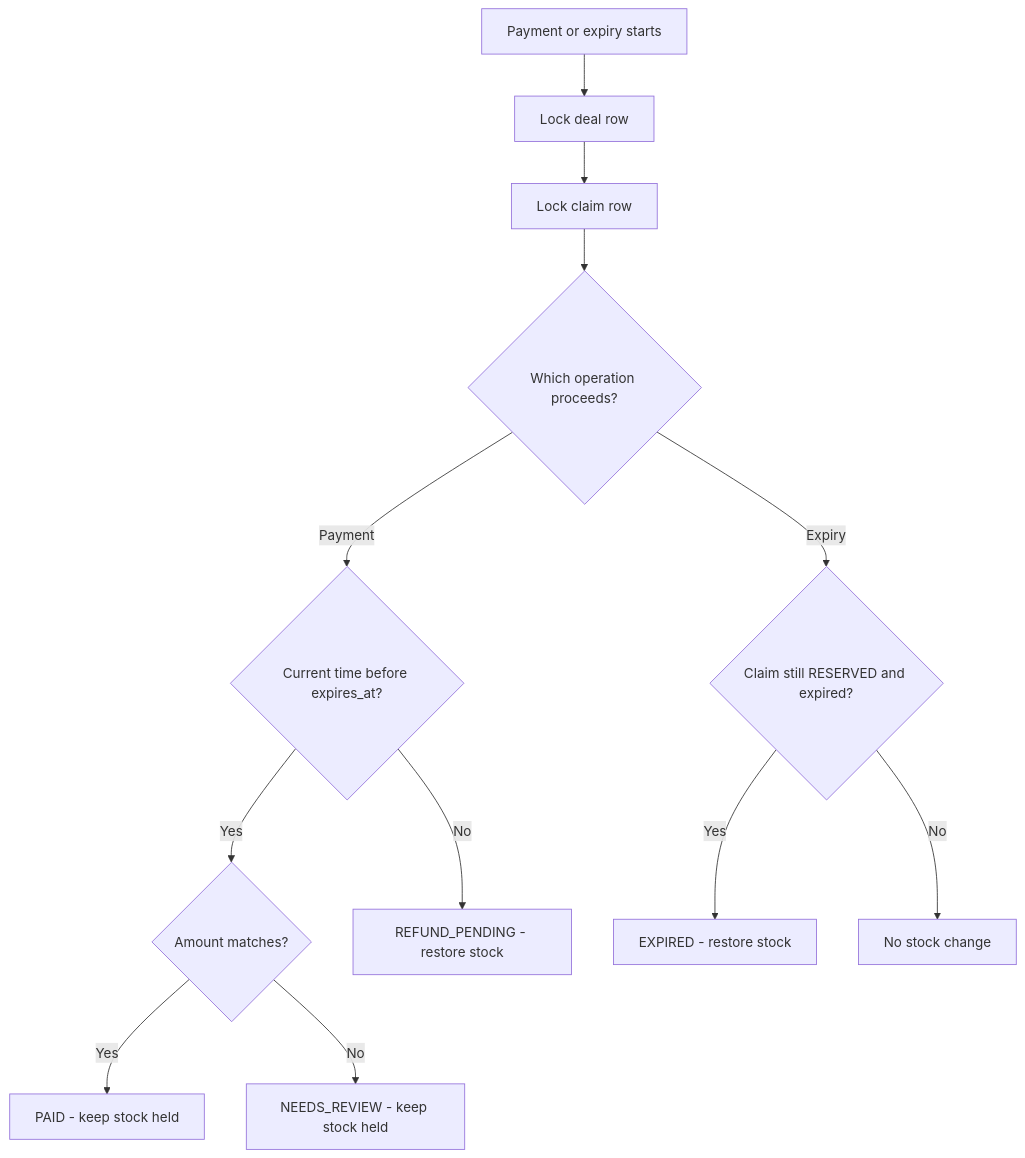
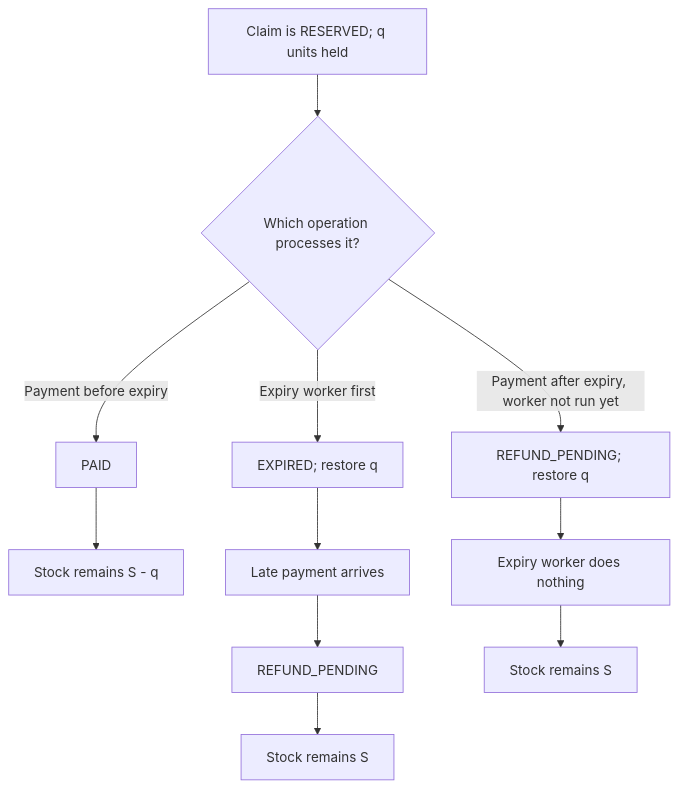
One commit to komallsingh/flash-deal changed the third of 3 diagrams in DESIGN.md. Above: the diagram before and after it, drawn with Mermaid. The commit also changed other lines of this file, not shown here.

````diff
--- a/DESIGN.md
+++ b/DESIGN.md
@@ -96,14 +106,13 @@
 ```mermaid
 flowchart TD
-    A[Payment or expiry starts] --> B[Lock deal row]
-    B --> C[Lock claim row]
-    C --> D{Which operation proceeds?}
-    D -->|Payment| E{Current time before expires_at?}
-    E -->|Yes| F{Amount matches?}
-    F -->|Yes| G[PAID - keep stock held]
-    F -->|No| H[NEEDS_REVIEW - keep stock held]
-    E -->|No| I[REFUND_PENDING - restore stock]
-    D -->|Expiry| J{Claim still RESERVED and expired?}
-    J -->|Yes| K[EXPIRED - restore stock]
-    J -->|No| L[No stock change]
+    A[Claim is RESERVED; q units held] --> B{Which operation processes it?}
+    B -->|Payment before expiry| C[PAID]
+    C --> D[Stock remains S - q]
+    B -->|Expiry worker first| E[EXPIRED; restore q]
+    E --> F[Late payment arrives]
+    F --> G[REFUND_PENDING]
+    G --> H[Stock remains S]
+    B -->|Payment after expiry, worker not run yet| I[REFUND_PENDING; restore q]
+    I --> J[Expiry worker does nothing]
+    J --> K[Stock remains S]
 ```
````
